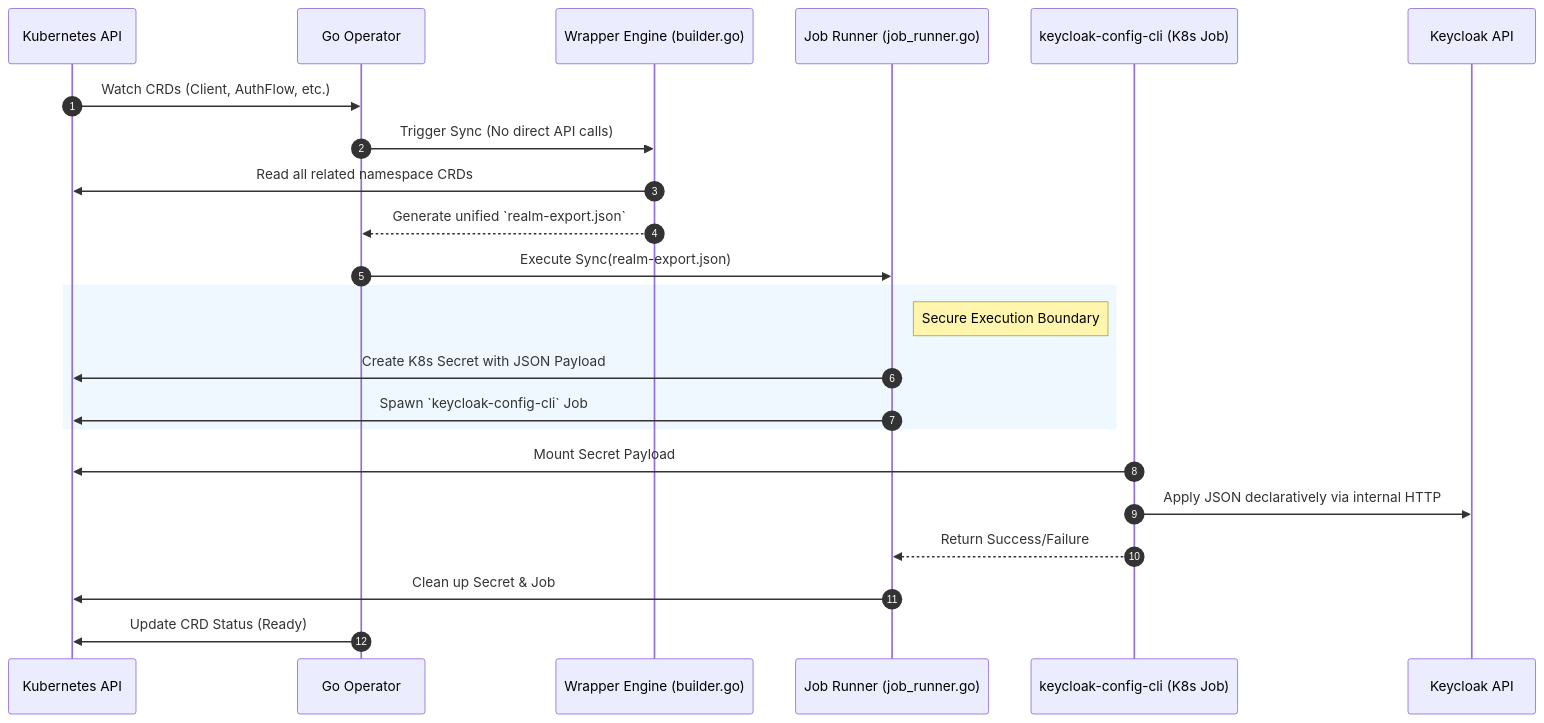
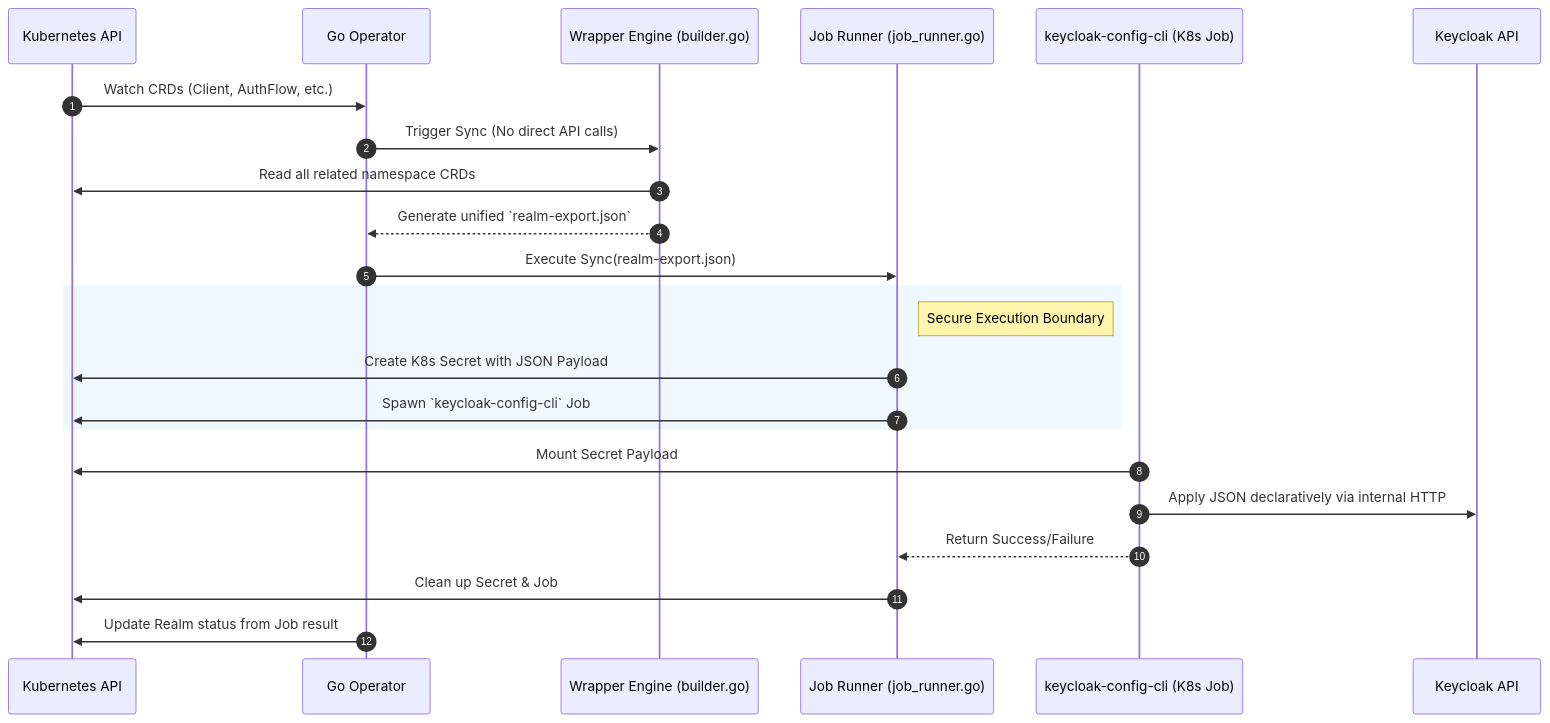
The first of 2 diagrams in docs/ARCHITECTURE.md (telekom/odc-keycloak-bundle), drawn with Mermaid before and after one commit. The commit also changed other lines of this file and 96 other files, not shown here.

````diff
--- a/docs/ARCHITECTURE.md
+++ b/docs/ARCHITECTURE.md
@@ -154,28 +157,28 @@
 ```mermaid
 sequenceDiagram
     autonumber
     participant K8s as Kubernetes API
     participant Operator as Go Operator
     participant Builder as Wrapper Engine (builder.go)
     participant Exec as Job Runner (job_runner.go)
     participant Job as keycloak-config-cli (K8s Job)
     participant KC as Keycloak API
 
     K8s->>Operator: Watch CRDs (Client, AuthFlow, etc.)
     Operator->>Builder: Trigger Sync (No direct API calls)
     Builder->>K8s: Read all related namespace CRDs
     Builder-->>Operator: Generate unified `realm-export.json`
     Operator->>Exec: Execute Sync(realm-export.json)
     
     rect rgb(240, 248, 255)
     Note right of Exec: Secure Execution Boundary
     Exec->>K8s: Create K8s Secret with JSON Payload
     Exec->>K8s: Spawn `keycloak-config-cli` Job
     end
     
     Job->>K8s: Mount Secret Payload
     Job->>KC: Apply JSON declaratively via internal HTTP
     Job-->>Exec: Return Success/Failure
     Exec->>K8s: Clean up Secret & Job
-    Operator->>K8s: Update CRD Status (Ready)
+    Operator->>K8s: Update Realm status from Job result
 ```
````
